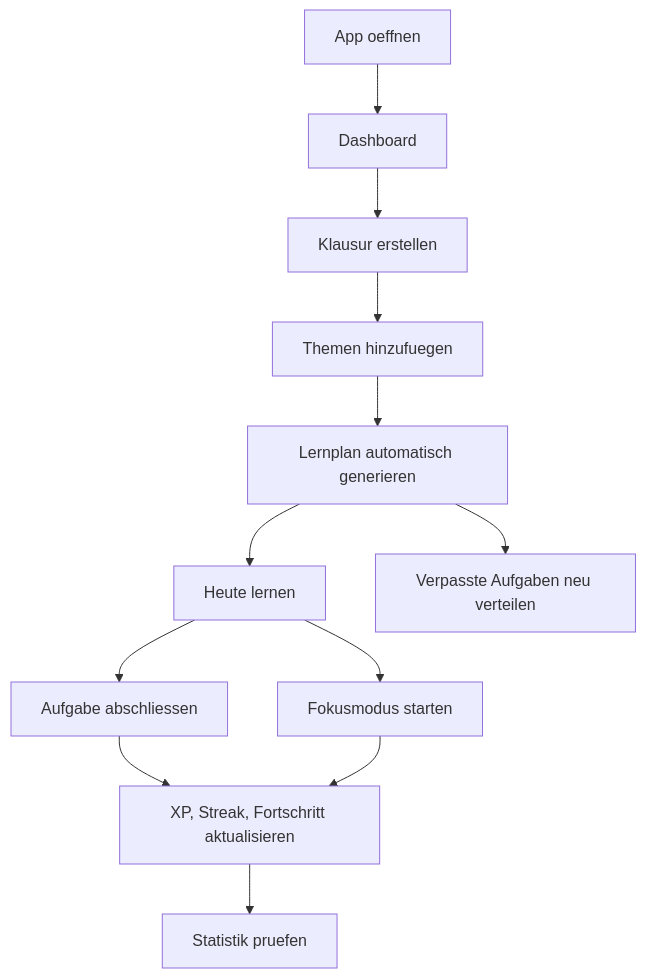
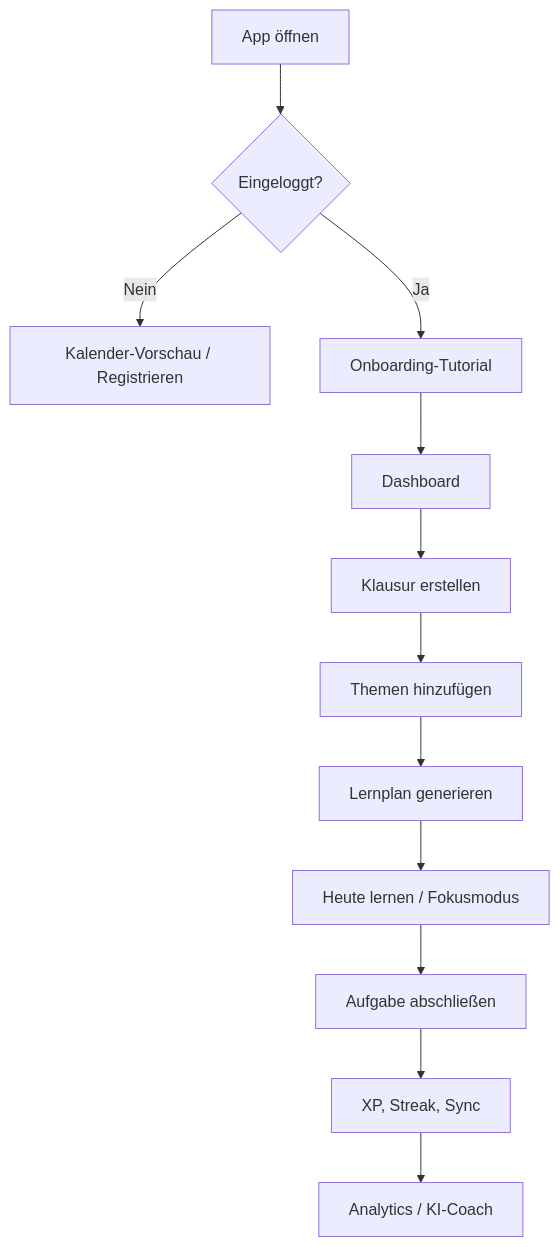
Before and after one commit to nicokrass452/klausur: the diagram in README.md, drawn with Mermaid. The commit also changed other lines of this file, not shown here.

````diff
--- a/README.md
+++ b/README.md
@@ -293,14 +199,14 @@
 ```mermaid
 flowchart TD
-  A[App oeffnen] --> B[Dashboard]
-  B --> C[Klausur erstellen]
-  C --> D[Themen hinzufuegen]
-  D --> E[Lernplan automatisch generieren]
-  E --> F[Heute lernen]
-  F --> G[Aufgabe abschliessen]
-  G --> H[XP, Streak, Fortschritt aktualisieren]
-  F --> I[Fokusmodus starten]
-  I --> H
-  H --> J[Statistik pruefen]
-  E --> K[Verpasste Aufgaben neu verteilen]
+  A[App öffnen] --> B{Eingeloggt?}
+  B -->|Nein| C[Kalender-Vorschau / Registrieren]
+  B -->|Ja| D[Onboarding-Tutorial]
+  D --> E[Dashboard]
+  E --> F[Klausur erstellen]
+  F --> G[Themen hinzufügen]
+  G --> H[Lernplan generieren]
+  H --> I[Heute lernen / Fokusmodus]
+  I --> J[Aufgabe abschließen]
+  J --> K[XP, Streak, Sync]
+  K --> L[Analytics / KI-Coach]
 ```
````
